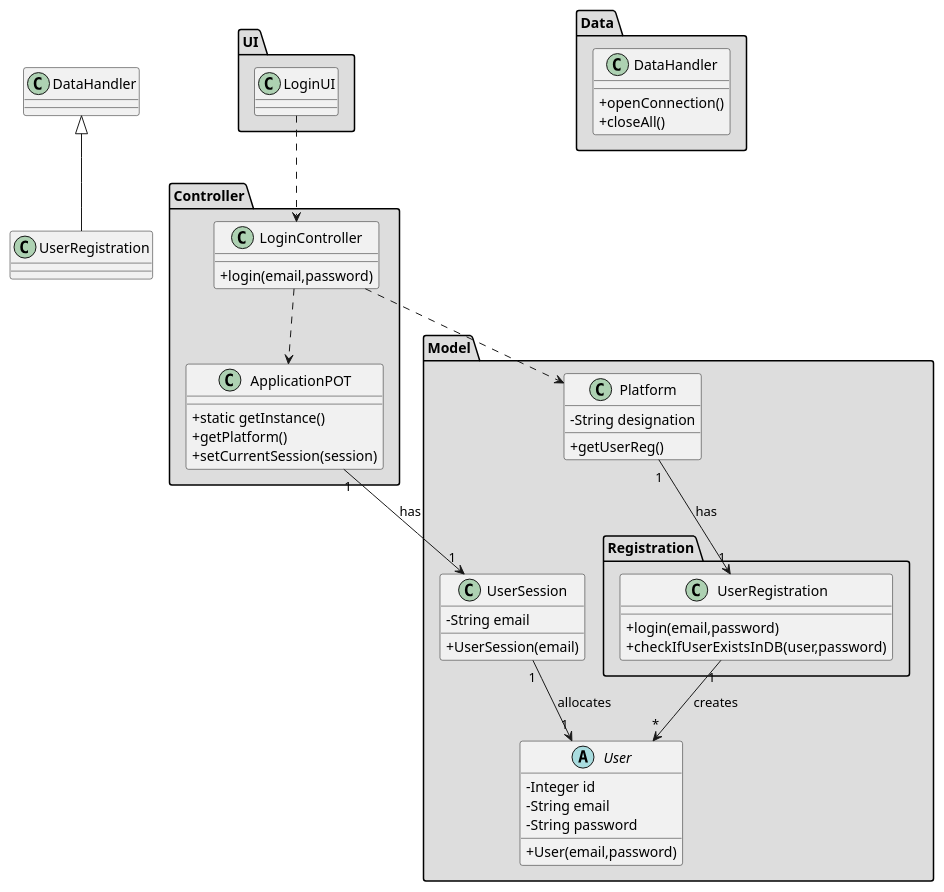
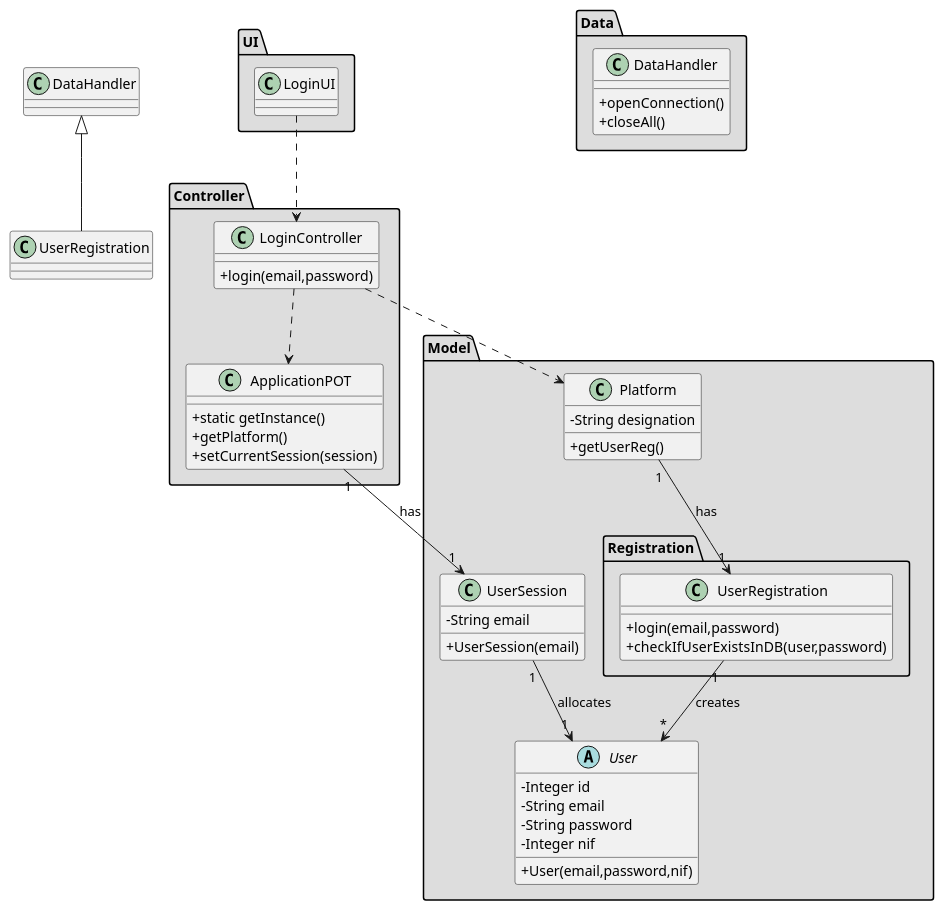
One commit to tiagoavcosta25/LAPR3 changed the diagram in docs/Iteration 1/User Management/US67_Login/US67_CD.puml. Above: the diagram before and after it, drawn with PlantUML. The commit also changed 8 other files, not shown here.

```diff
--- a/docs/Iteration 1/User Management/US67_Login/US67_CD.puml
+++ b/docs/Iteration 1/User Management/US67_Login/US67_CD.puml
@@ -1,83 +1,84 @@
 @startuml
 skinparam classAttributeIconSize 0
 
 
 package "Controller" #DDDDDD {
 class ApplicationPOT
 {
   +static getInstance()
   +getPlatform()
   +setCurrentSession(session)
 }
 }
 
 
 package "UI" #DDDDDD {
 class LoginUI{
 
 }
 }
 
 
 package "Controller" #DDDDDD {
 class LoginController{
 +login(email,password)
 }
 }
 
 
 package "Model" #DDDDDD {
 class Platform {
   -String designation
   +getUserReg()
 }
 package "Registration" #DDDDDD {
  class UserRegistration{
  +login(email,password)
  +checkIfUserExistsInDB(user,password)
  }
  }
 }
 
 
 
 
 package "Model" #DDDDDD {
 abstract class User{
 -Integer id
 -String email
 -String password
-+User(email,password)
+-Integer nif
++User(email,password,nif)
 }
 
 class UserSession{
 -String email
 +UserSession(email)
 }
 
 
 
 
 }
 
 
 package "Data" #DDDDDD {
 class DataHandler{
 +openConnection()
 +closeAll()
 }
 
 }
 
 
 LoginUI ..> LoginController
 LoginController ..> Platform
 LoginController ..> ApplicationPOT
 Platform "1" --> "1" UserRegistration : has
 UserRegistration "1" --> "*" User : creates
 class UserRegistration extends DataHandler
 ApplicationPOT "1" --> "1" UserSession : has
 UserSession "1" --> "1" User : allocates
 
 
 @enduml
```
